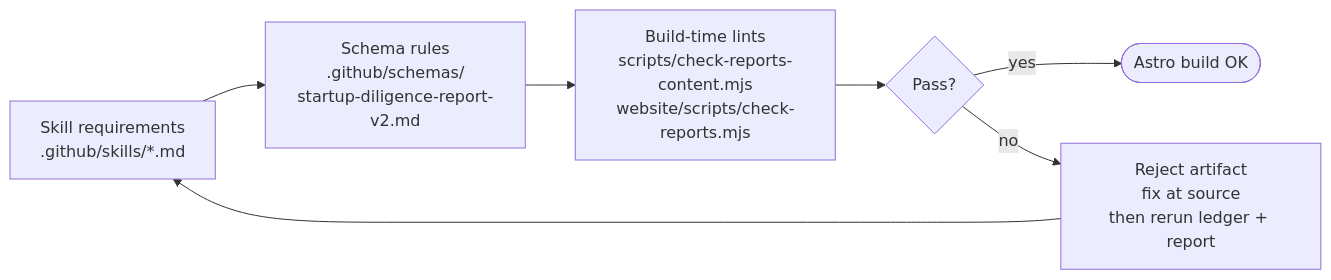
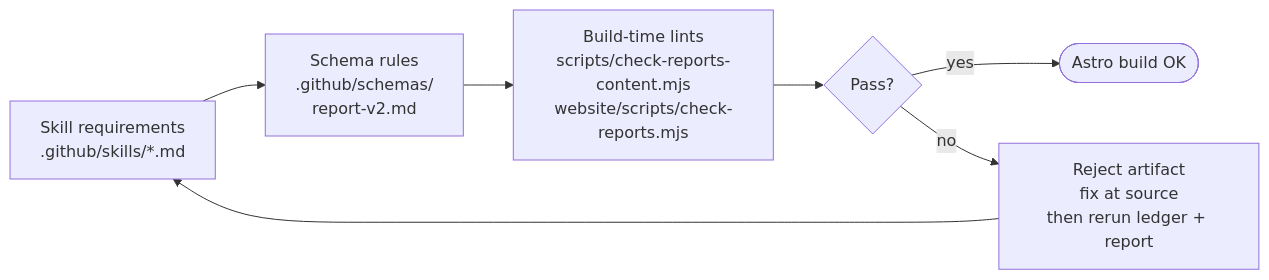
Before and after one commit to huangyingting/startup: the third of 3 diagrams in README.md, drawn with Mermaid. The commit also changed other lines of this file and 17 other files, not shown here.

First line of the commit message:
Refactor report schema and artifact filenames from "startup-diligence-report-v2" to "report-v2"

````diff
--- a/README.md
+++ b/README.md
@@ -88,9 +88,9 @@
 ```mermaid
 flowchart LR
-  A[Skill requirements<br/>.github/skills/*.md] --> B[Schema rules<br/>.github/schemas/<br/>startup-diligence-report-v2.md]
+  A[Skill requirements<br/>.github/skills/*.md] --> B[Schema rules<br/>.github/schemas/<br/>report-v2.md]
   B --> C[Build-time lints<br/>scripts/check-reports-content.mjs<br/>website/scripts/check-reports.mjs]
   C --> D{Pass?}
   D -- yes --> Ship([Astro build OK])
   D -- no --> Fix[Reject artifact<br/>fix at source<br/>then rerun ledger + report]
   Fix --> A
 ```
````
